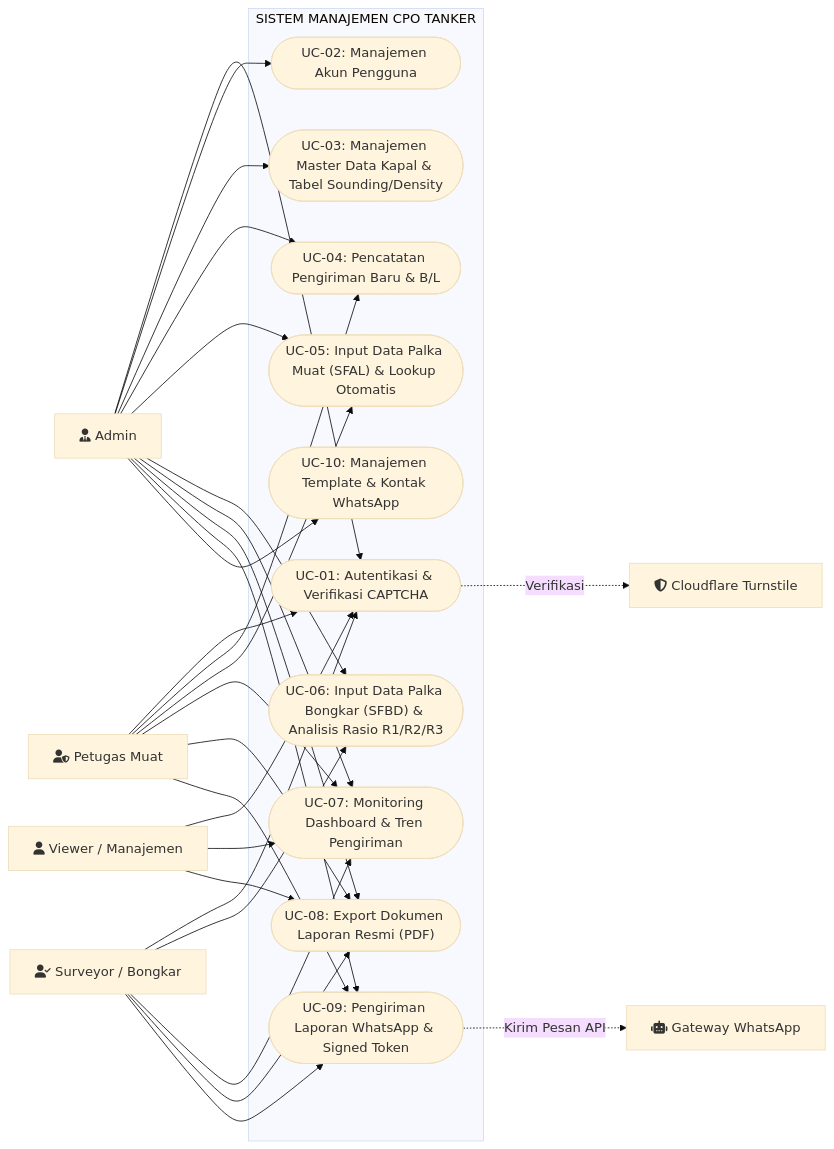
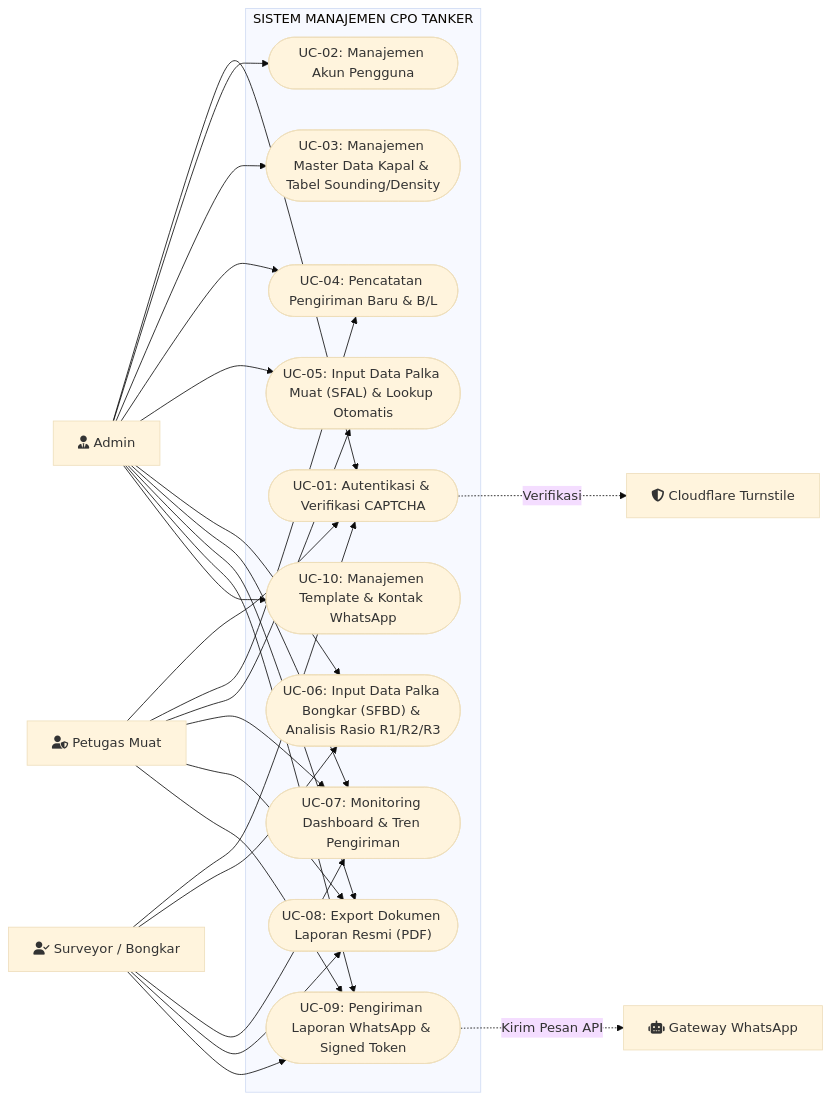
Before and after one commit to Ayano2304/shipping-app: the first of 6 diagrams in system_uml_usecase_document.md, drawn with Mermaid (base theme). The commit also changed other lines of this file and 9 other files, not shown here.

````diff
--- a/system_uml_usecase_document.md
+++ b/system_uml_usecase_document.md
@@ -36,55 +35,50 @@
 ```mermaid
 flowchart LR
     %% Actors
     Admin["fa:fa-user-tie Admin"]
     Petugas["fa:fa-user-shield Petugas Muat"]
     Surveyor["fa:fa-user-check Surveyor / Bongkar"]
-    Viewer["fa:fa-user Viewer / Manajemen"]
     FonnteSystem["fa:fa-robot Gateway WhatsApp"]
     CloudflareSystem["fa:fa-shield-halved Cloudflare Turnstile"]
 
     subgraph SystemBoundary [" SISTEM MANAJEMEN CPO TANKER "]
         UC1(["UC-01: Autentikasi & Verifikasi CAPTCHA"])
         UC2(["UC-02: Manajemen Akun Pengguna"])
         UC3(["UC-03: Manajemen Master Data Kapal & Tabel Sounding/Density"])
         UC4(["UC-04: Pencatatan Pengiriman Baru & B/L"])
         UC5(["UC-05: Input Data Palka Muat (SFAL) & Lookup Otomatis"])
         UC6(["UC-06: Input Data Palka Bongkar (SFBD) & Analisis Rasio R1/R2/R3"])
         UC7(["UC-07: Monitoring Dashboard & Tren Pengiriman"])
         UC8(["UC-08: Export Dokumen Laporan Resmi (PDF)"])
         UC9(["UC-09: Pengiriman Laporan WhatsApp & Signed Token"])
         UC10(["UC-10: Manajemen Template & Kontak WhatsApp"])
     end
 
     %% Connections
     Admin --> UC1
     Admin --> UC2
     Admin --> UC3
     Admin --> UC4
     Admin --> UC5
     Admin --> UC6
     Admin --> UC7
     Admin --> UC8
     Admin --> UC9
     Admin --> UC10
 
     Petugas --> UC1
     Petugas --> UC4
     Petugas --> UC5
     Petugas --> UC7
     Petugas --> UC8
     Petugas --> UC9
 
     Surveyor --> UC1
     Surveyor --> UC6
     Surveyor --> UC7
     Surveyor --> UC8
     Surveyor --> UC9
-
-    Viewer --> UC1
-    Viewer --> UC7
-    Viewer --> UC8
-
+ 
     UC1 -.->|Verifikasi| CloudflareSystem
     UC9 -.->|Kirim Pesan API| FonnteSystem
 ```
````
